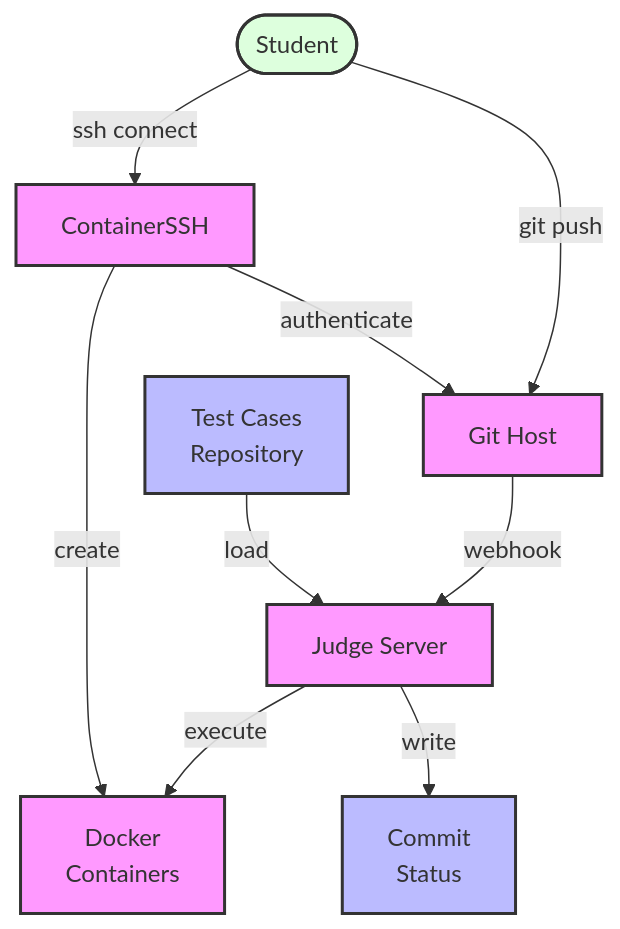
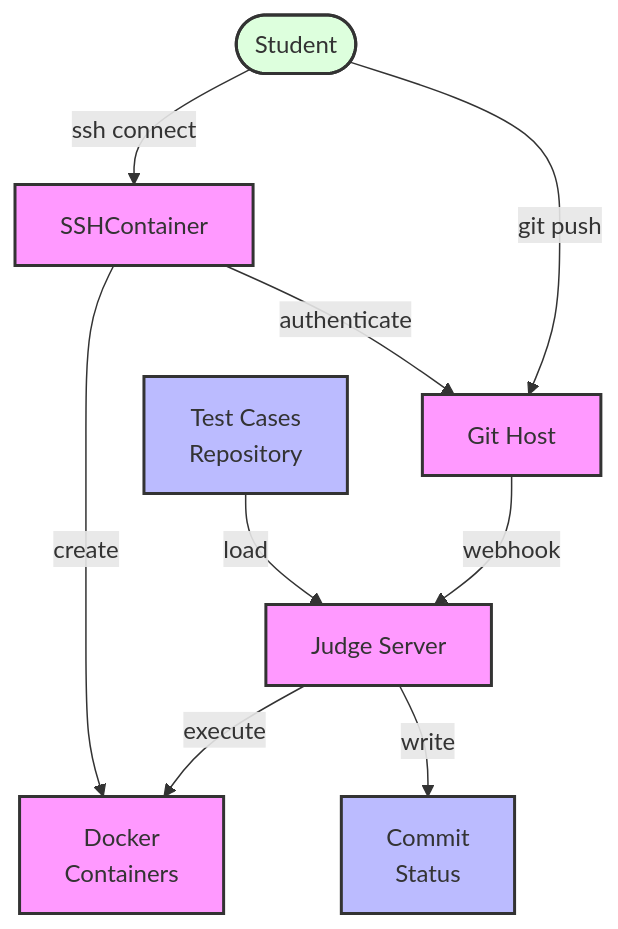
One commit to Gurkengewuerz/GitCodeJudge changed the diagram in docs/architecture.md. Above: the diagram before and after it, drawn with Mermaid. The commit also changed other lines of this file and 2 other files, not shown here.

Commit message:
docs: updated to use ssh container

````diff
--- a/docs/architecture.md
+++ b/docs/architecture.md
@@ -31,33 +31,33 @@
 ```mermaid
 flowchart TD
     Student([Student])
     Git[Git Host]
     Judge[Judge Server]
     TestCases[Test Cases\nRepository]
     Docker[Docker\nContainers]
     Comments[Commit\nStatus]
-    SSH[ContainerSSH]
+    SSH[SSHContainer]
     
     %% Student interactions
     Student -->|git push| Git
     Student -->|ssh connect| SSH
     
     %% Main judge flow
     Git -->|webhook| Judge
     TestCases -->|load| Judge
     Judge -->|execute| Docker
     Judge -->|write| Comments
     
-    %% ContainerSSH flow
+    %% SSHContainer flow
     SSH -->|create| Docker
     SSH -->|authenticate| Git
     
     classDef system fill:#f9f,stroke:#333,stroke-width:2px;
     classDef storage fill:#bbf,stroke:#333,stroke-width:2px;
     classDef user fill:#dfd,stroke:#333,stroke-width:2px;
     
     class Git,Judge,SSH system;
     class TestCases,Comments storage;
     class Student user;
     class Docker system;
 ```
````
